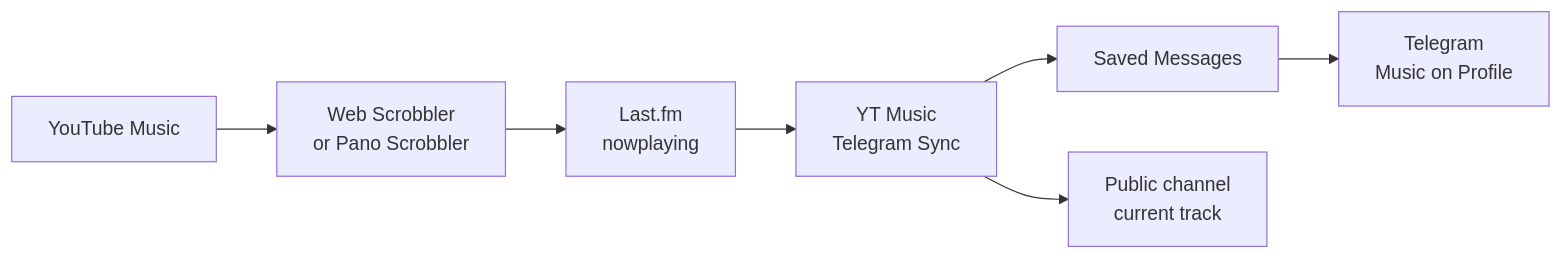
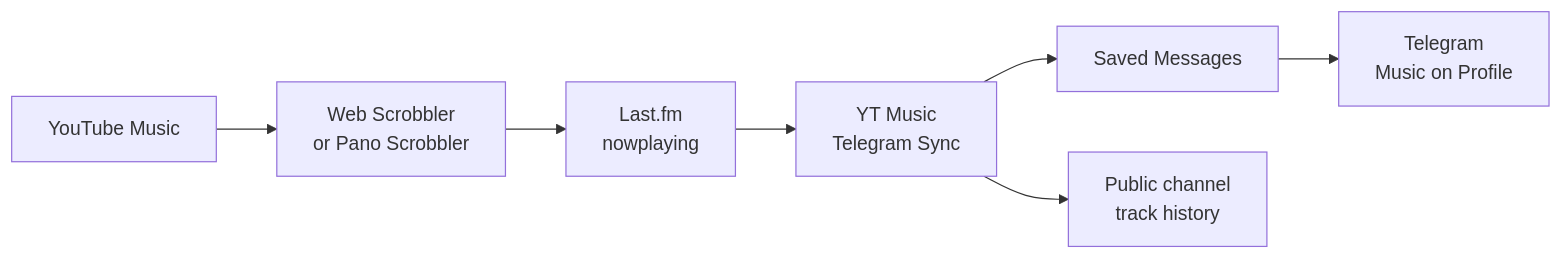
The diagram in README.md (darhanger/yt_music-telegram-sync), drawn with Mermaid before and after one commit. The commit also changed other lines of this file and 7 other files, not shown here.

First line of the commit message:
Support track history in public channel

````diff
--- a/README.md
+++ b/README.md
@@ -29,9 +29,9 @@
 ```mermaid
 flowchart LR
     YT[YouTube Music] --> S[Web Scrobbler<br>or Pano Scrobbler]
     S --> LF[Last.fm<br>nowplaying]
     LF --> APP[YT Music<br>Telegram Sync]
     APP --> SM[Saved Messages]
     SM --> TG[Telegram<br>Music on Profile]
-    APP --> CH[Public channel<br>current track]
+    APP --> CH[Public channel<br>track history]
 ```
````
